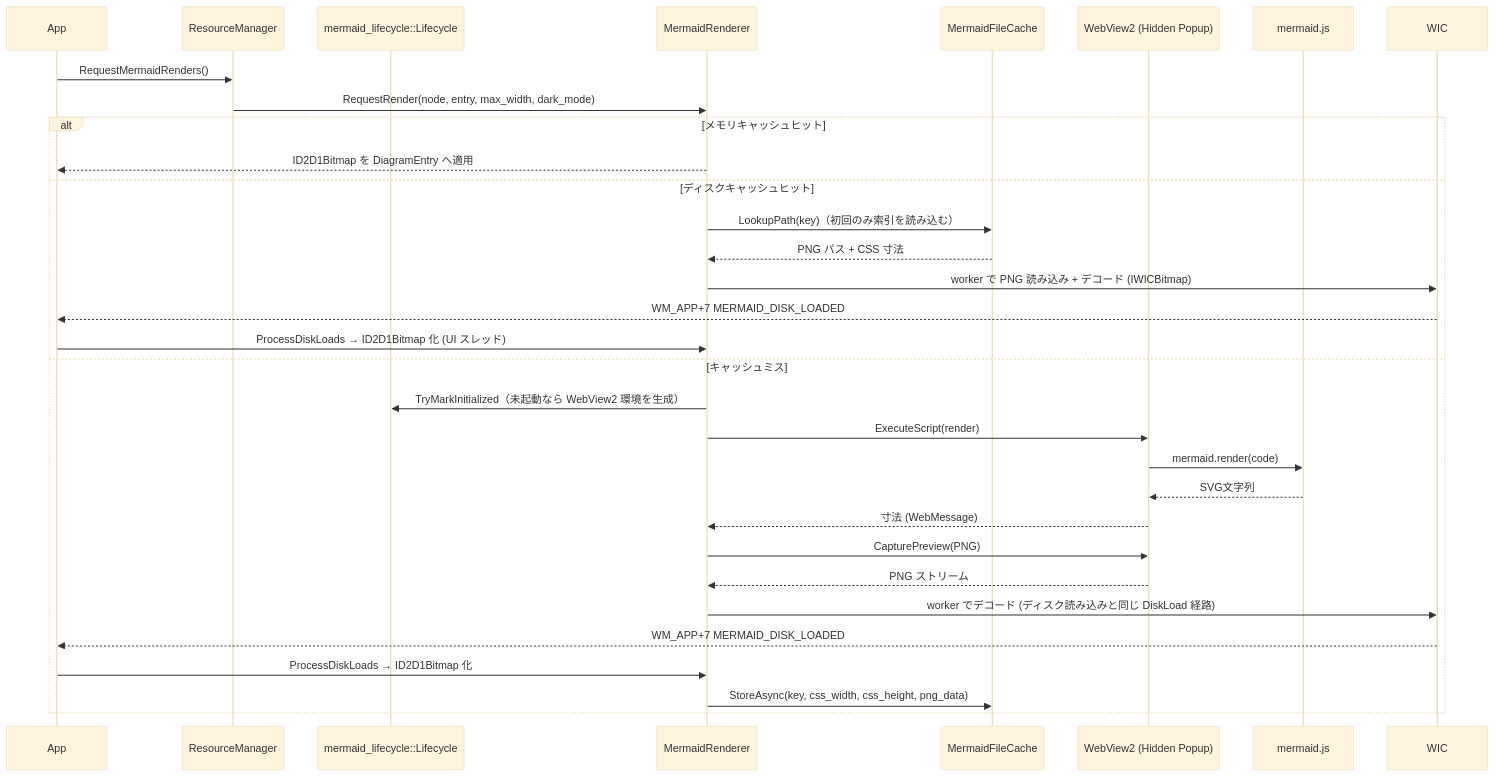
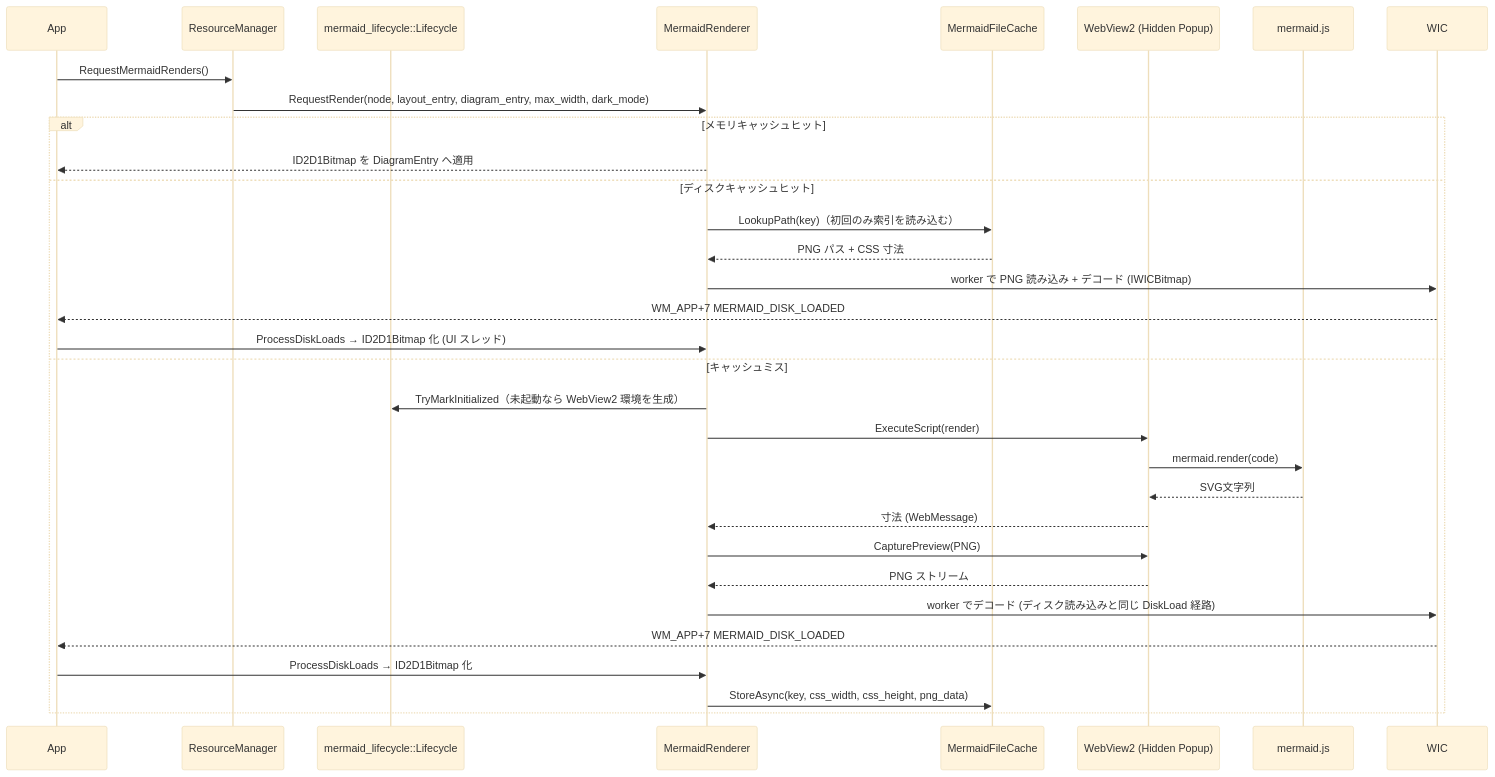
One commit to tanaton/mendo changed diagram 11 of 27 in example/test.md. Above: the diagram before and after it, drawn with Mermaid (base theme). The commit also changed other lines of this file and 134 other files, not shown here.

````diff
--- a/example/test.md
+++ b/example/test.md
@@ -1447,35 +1447,35 @@
 ```mermaid
 sequenceDiagram
     participant APP as App
     participant RM as ResourceManager
     participant ML as mermaid_lifecycle::Lifecycle
     participant MR as MermaidRenderer
     participant FC as MermaidFileCache
     participant WV as WebView2 (Hidden Popup)
     participant JS as mermaid.js
     participant WIC as WIC
 
     APP->>RM: RequestMermaidRenders()
-    RM->>MR: RequestRender(node, entry, max_width, dark_mode)
+    RM->>MR: RequestRender(node, layout_entry, diagram_entry, max_width, dark_mode)
     alt メモリキャッシュヒット
         MR-->>APP: ID2D1Bitmap を DiagramEntry へ適用
     else ディスクキャッシュヒット
         MR->>FC: LookupPath(key)（初回のみ索引を読み込む）
         FC-->>MR: PNG パス + CSS 寸法
         MR->>WIC: worker で PNG 読み込み + デコード (IWICBitmap)
         WIC-->>APP: WM_APP+7 MERMAID_DISK_LOADED
         APP->>MR: ProcessDiskLoads → ID2D1Bitmap 化 (UI スレッド)
     else キャッシュミス
         MR->>ML: TryMarkInitialized（未起動なら WebView2 環境を生成）
         MR->>WV: ExecuteScript(render)
         WV->>JS: mermaid.render(code)
         JS-->>WV: SVG文字列
         WV-->>MR: 寸法 (WebMessage)
         MR->>WV: CapturePreview(PNG)
         WV-->>MR: PNG ストリーム
         MR->>WIC: worker でデコード (ディスク読み込みと同じ DiskLoad 経路)
         WIC-->>APP: WM_APP+7 MERMAID_DISK_LOADED
         APP->>MR: ProcessDiskLoads → ID2D1Bitmap 化
         MR->>FC: StoreAsync(key, css_width, css_height, png_data)
     end
 ```
````
